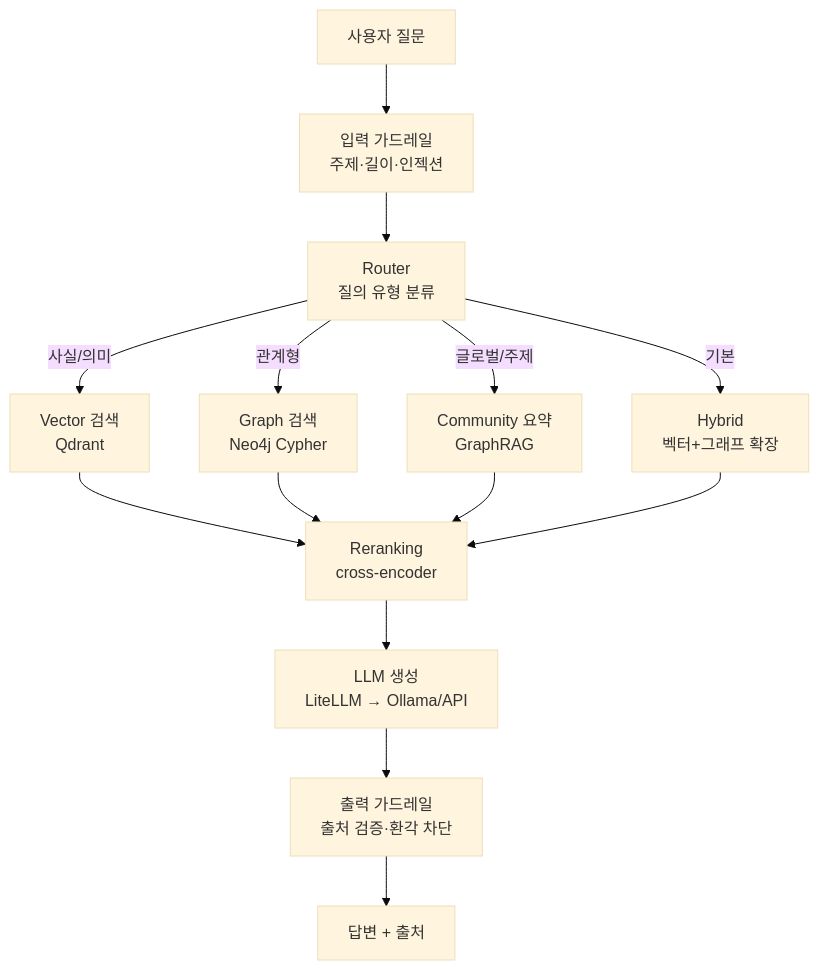
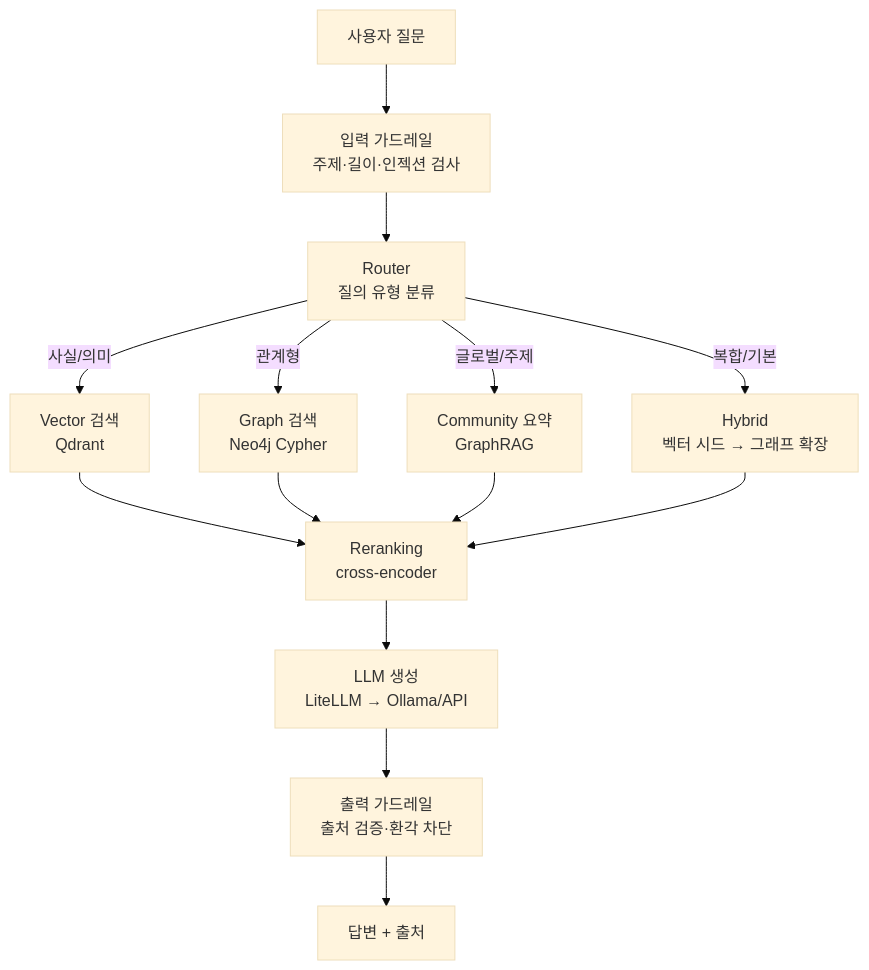
The diagram in README.md (km8026/arxiv-hybrid-rag), drawn with Mermaid (base theme) before and after one commit. The commit also changed other lines of this file, not shown here.

Commit message:
docs: expand README with architecture, tech intro, and quick start

````diff
--- a/README.md
+++ b/README.md
@@ -13,16 +38,16 @@
 ```mermaid
 flowchart TD
-    Q[사용자 질문] --> G1[입력 가드레일<br/>주제·길이·인젝션]
+    Q[사용자 질문] --> G1[입력 가드레일<br/>주제·길이·인젝션 검사]
     G1 --> R[Router<br/>질의 유형 분류]
     R -->|사실/의미| V[Vector 검색<br/>Qdrant]
     R -->|관계형| GR[Graph 검색<br/>Neo4j Cypher]
     R -->|글로벌/주제| C[Community 요약<br/>GraphRAG]
-    R -->|기본| H[Hybrid<br/>벡터+그래프 확장]
+    R -->|복합/기본| H[Hybrid<br/>벡터 시드 → 그래프 확장]
     V --> RR[Reranking<br/>cross-encoder]
     GR --> RR
     C --> RR
     H --> RR
     RR --> LLM[LLM 생성<br/>LiteLLM → Ollama/API]
     LLM --> G2[출력 가드레일<br/>출처 검증·환각 차단]
     G2 --> A[답변 + 출처]
 ```
````
